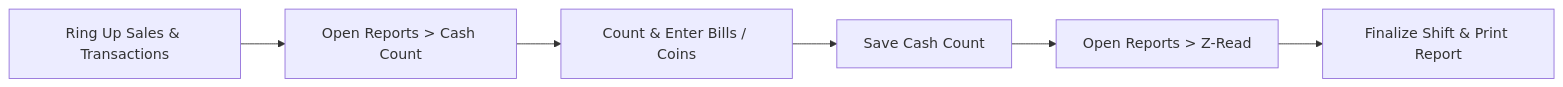
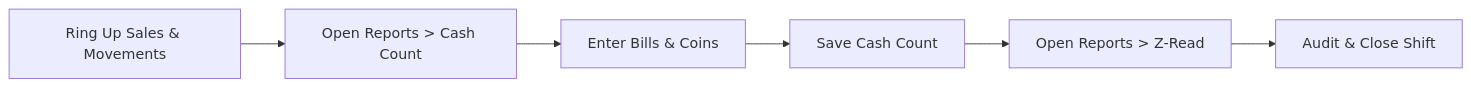
The second of 2 diagrams in README.md (Yazerukun/TINDA-POS-Android-Free), drawn with Mermaid before and after one commit. The commit also changed other lines of this file and 45 other files, not shown here.

````diff
--- a/README.md
+++ b/README.md
@@ -117,8 +140,8 @@
 ```mermaid
 flowchart LR
-    A["Ring Up Sales & Transactions"] --> B["Open Reports > Cash Count"]
-    B --> C["Count & Enter Bills / Coins"]
+    A["Ring Up Sales & Movements"] --> B["Open Reports > Cash Count"]
+    B --> C["Enter Bills & Coins"]
     C --> D["Save Cash Count"]
     D --> E["Open Reports > Z-Read"]
-    E --> F["Finalize Shift & Print Report"]
+    E --> F["Audit & Close Shift"]
 ```
````
